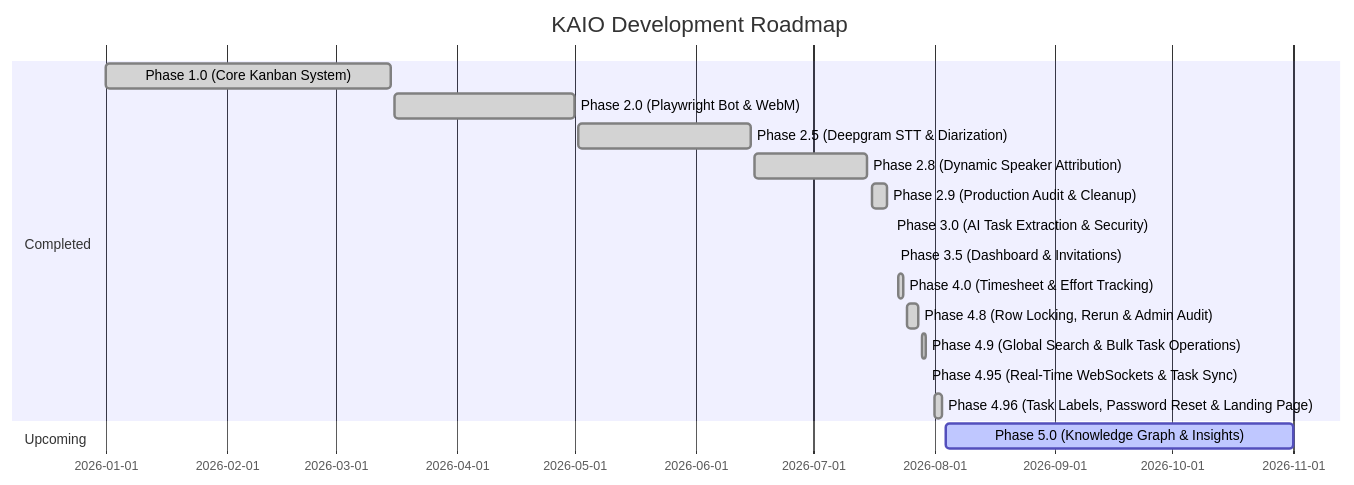
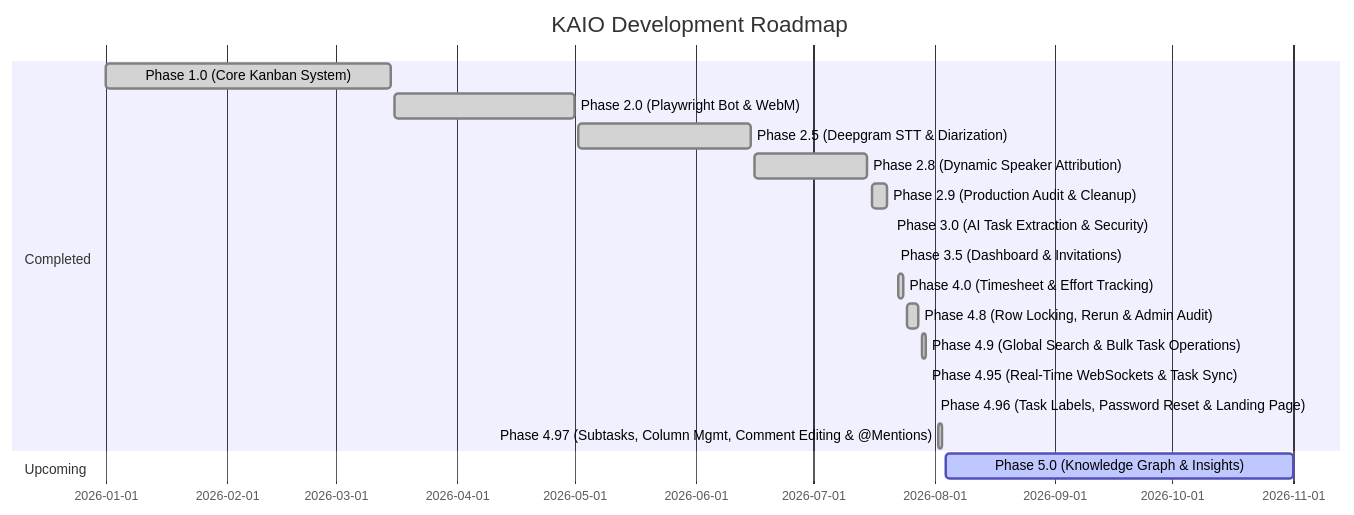
The second of 2 diagrams in docs/01_PROJECT_OVERVIEW.md (CoderArindam/kaio), drawn with Mermaid before and after one commit. The commit also changed other lines of this file and 14 other files, not shown here.

````diff
--- a/docs/01_PROJECT_OVERVIEW.md
+++ b/docs/01_PROJECT_OVERVIEW.md
@@ -145,20 +145,21 @@
 ```mermaid
 gantt
     title KAIO Development Roadmap
     dateFormat  YYYY-MM-DD
     section Completed
     Phase 1.0 (Core Kanban System)           :done,    p1, 2026-01-01, 2026-03-15
     Phase 2.0 (Playwright Bot & WebM)        :done,    p2, 2026-03-16, 2026-05-01
     Phase 2.5 (Deepgram STT & Diarization)   :done,    p3, 2026-05-02, 2026-06-15
     Phase 2.8 (Dynamic Speaker Attribution)  :done,    p4, 2026-06-16, 2026-07-15
     Phase 2.9 (Production Audit & Cleanup)   :done,    p5, 2026-07-16, 2026-07-20
     Phase 3.0 (AI Task Extraction & Security):done,    p6, 2026-07-21, 2026-07-21
     Phase 3.5 (Dashboard & Invitations)      :done,    p7, 2026-07-22, 2026-07-22
     Phase 4.0 (Timesheet & Effort Tracking)  :done,    p8, 2026-07-23, 2026-07-24
     Phase 4.8 (Row Locking, Rerun & Admin Audit):done,  p85, 2026-07-25, 2026-07-28
     Phase 4.9 (Global Search & Bulk Task Operations) :done,  p89, 2026-07-29, 2026-07-30
     Phase 4.95 (Real-Time WebSockets & Task Sync):done, p895, 2026-07-30, 2026-07-30
-    Phase 4.96 (Task Labels, Password Reset & Landing Page):done, p896, 2026-08-01, 2026-08-03
+    Phase 4.96 (Task Labels, Password Reset & Landing Page):done, p896, 2026-08-01, 2026-08-01
+    Phase 4.97 (Subtasks, Column Mgmt, Comment Editing & @Mentions):done, p897, 2026-08-02, 2026-08-03
     section Upcoming
     Phase 5.0 (Knowledge Graph & Insights)   :active,  p9, 2026-08-04, 2026-11-01
 ```
````
